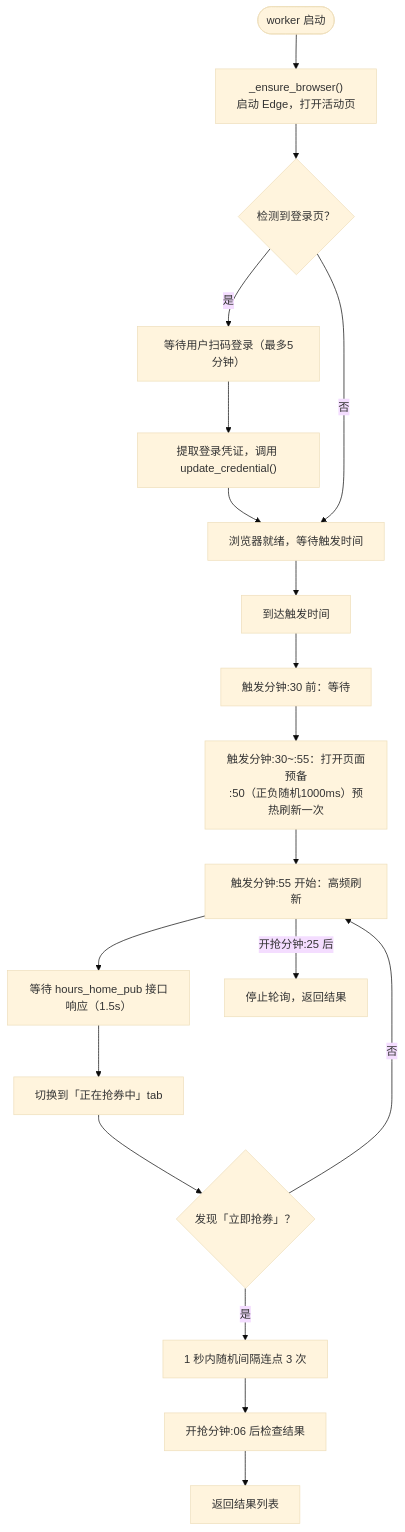
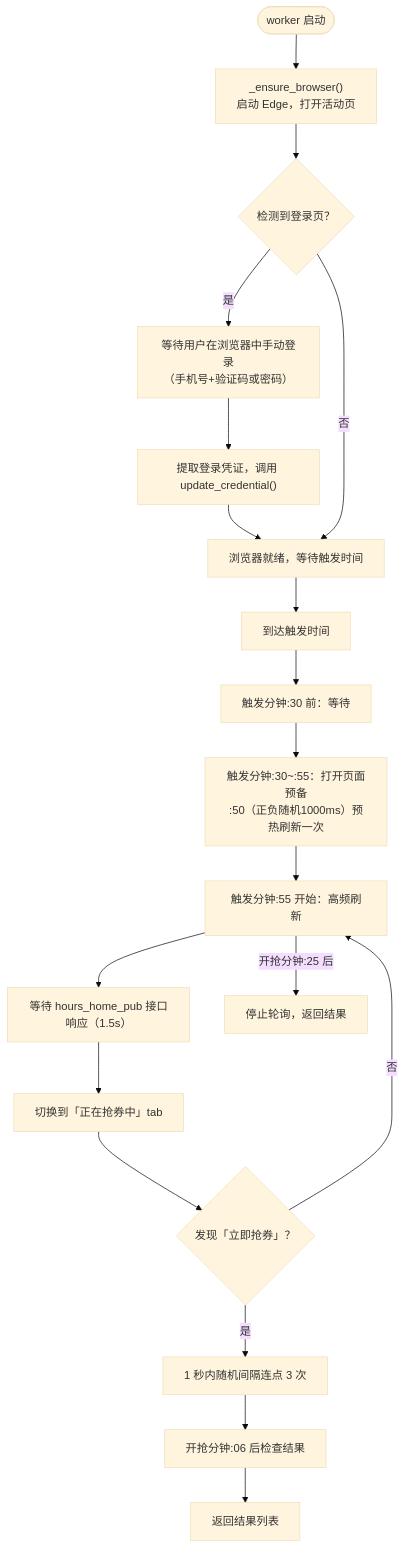
Before and after one commit to helloaider/jd-coupon-auto-claim: the fifth of 16 diagrams in CODE_WIKI.md, drawn with Mermaid (base theme). The commit also changed other lines of this file and 5 other files, not shown here.

````diff
--- a/CODE_WIKI.md
+++ b/CODE_WIKI.md
@@ -328,22 +329,22 @@
 ```mermaid
 flowchart TD
 Start(["worker 启动"]) --> EnsureBrowser["_ensure_browser()<br/>启动 Edge，打开活动页"]
 EnsureBrowser --> LoginCheck{"检测到登录页？"}
-LoginCheck --> |是| WaitLogin["等待用户扫码登录（最多5分钟）"]
+LoginCheck --> |是| WaitLogin["等待用户在浏览器中手动登录<br/>（手机号+验证码或密码）"]
 WaitLogin --> SaveCookie["提取登录凭证，调用 update_credential()"]
 SaveCookie --> Ready["浏览器就绪，等待触发时间"]
 LoginCheck --> |否| Ready
 
 Ready --> Trigger["到达触发时间"]
 Trigger --> Phase1["触发分钟:30 前：等待"]
 Phase1 --> Phase2["触发分钟:30~:55：打开页面预备<br/>:50（正负随机1000ms）预热刷新一次"]
 Phase2 --> Phase3["触发分钟:55 开始：高频刷新"]
 Phase3 --> WaitLoad["等待 hours_home_pub 接口响应（1.5s）"]
 WaitLoad --> SwitchTab["切换到「正在抢券中」tab"]
 SwitchTab --> Found{"发现「立即抢券」？"}
 Found --> |否| Phase3
 Found --> |是| Click["1 秒内随机间隔连点 3 次"]
 Click --> Check["开抢分钟:06 后检查结果"]
 Check --> Return["返回结果列表"]
 Phase3 --> |开抢分钟:25 后| Stop["停止轮询，返回结果"]
 ```
````
